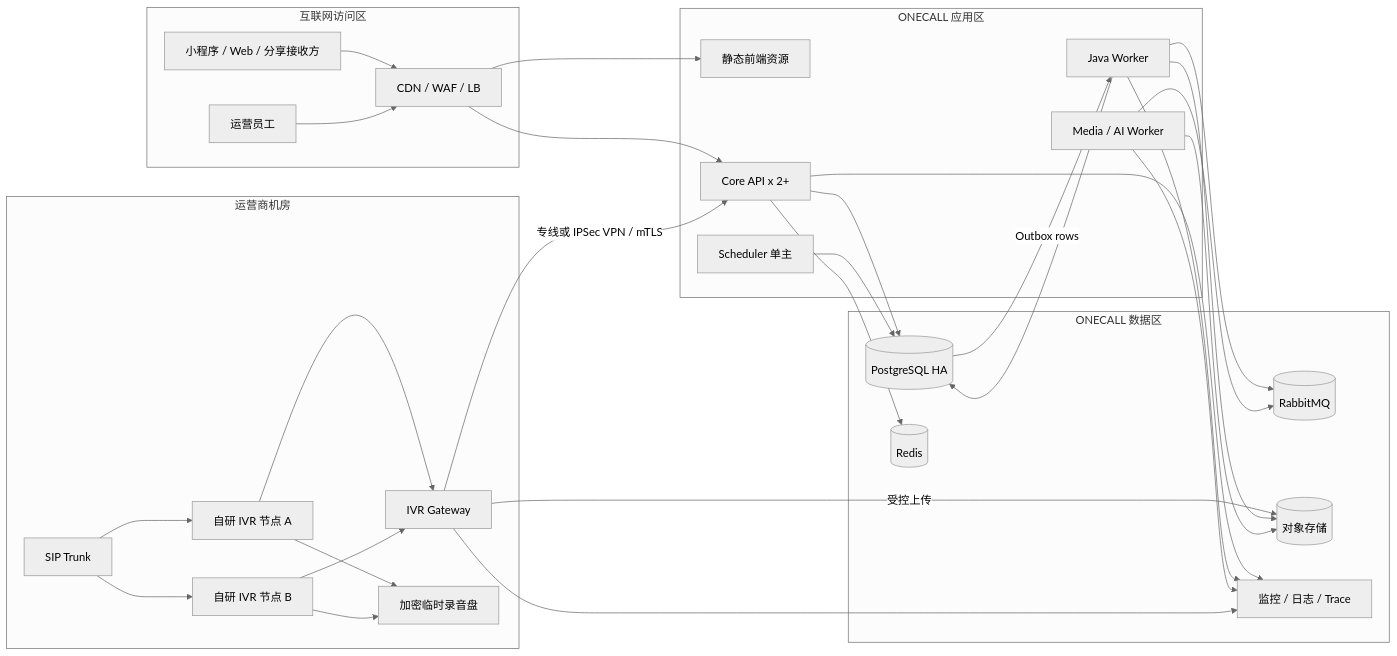
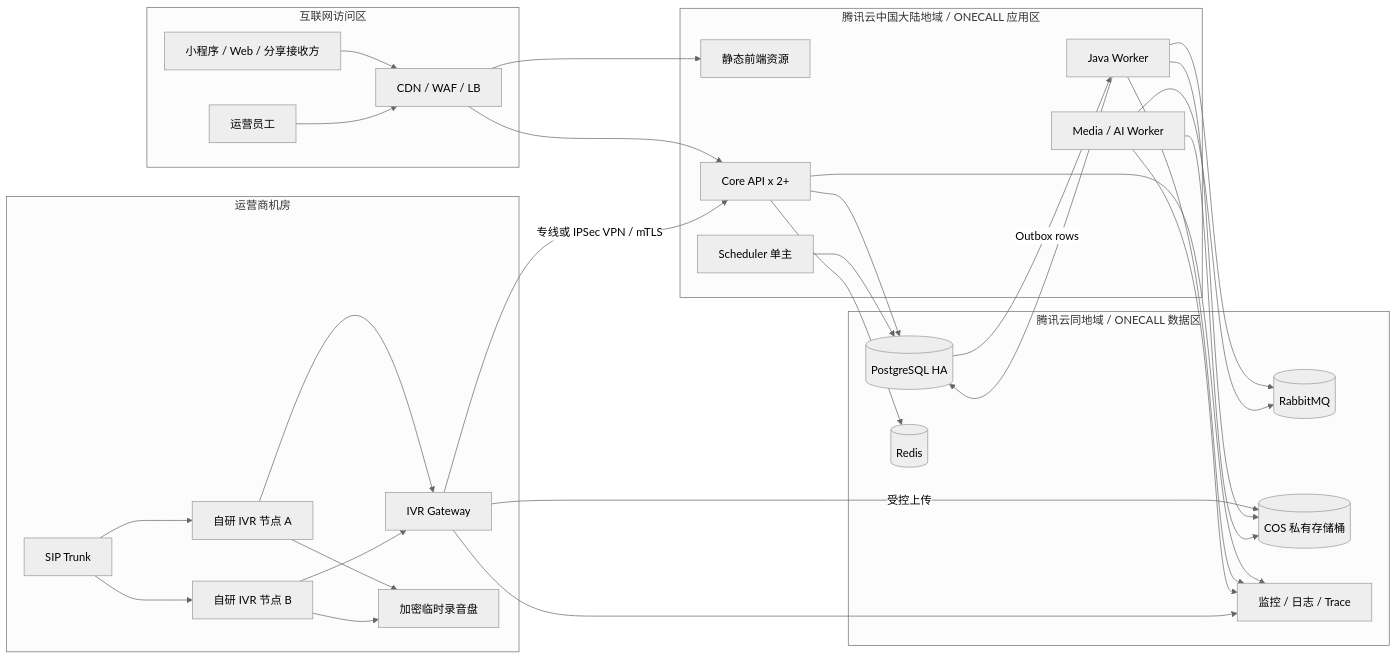
Before and after one commit to zh94695424/one-call: the second of 2 diagrams in docs/12-technology-stack-and-system-architecture.md, drawn with Mermaid (neutral theme). The commit also changed other lines of this file and 5 other files, not shown here.

````diff
--- a/docs/12-technology-stack-and-system-architecture.md
+++ b/docs/12-technology-stack-and-system-architecture.md
@@ -137,58 +138,58 @@
 ```mermaid
 flowchart LR
     subgraph Internet[互联网访问区]
       USERS[小程序 / Web / 分享接收方]
       STAFF[运营员工]
       WAF[CDN / WAF / LB]
     end
 
-    subgraph AppZone[ONECALL 应用区]
+    subgraph AppZone[腾讯云中国大陆地域 / ONECALL 应用区]
       FE[静态前端资源]
       API[Core API x 2+]
       JW[Java Worker]
       SCH[Scheduler 单主]
       PY[Media / AI Worker]
     end
 
-    subgraph DataZone[ONECALL 数据区]
+    subgraph DataZone[腾讯云同地域 / ONECALL 数据区]
       DB[(PostgreSQL HA)]
       RC[(Redis)]
       RMQ[(RabbitMQ)]
-      STORE[(对象存储)]
+      STORE[(COS 私有存储桶)]
       OBS[监控 / 日志 / Trace]
     end
 
     subgraph CarrierDC[运营商机房]
       TRUNK[SIP Trunk]
       FS1[自研 IVR 节点 A]
       FS2[自研 IVR 节点 B]
       GW[IVR Gateway]
       SPOOL[加密临时录音盘]
     end
 
     USERS --> WAF
     STAFF --> WAF
     WAF --> FE
     WAF --> API
     TRUNK --> FS1
     TRUNK --> FS2
     FS1 --> GW
     FS2 --> GW
     FS1 --> SPOOL
     FS2 --> SPOOL
     GW -->|专线或 IPSec VPN / mTLS| API
     GW -->|受控上传| STORE
     API --> DB
     API --> RC
     JW --> DB
     DB -->|Outbox rows| JW
     JW --> RMQ
     JW --> STORE
     SCH --> DB
     PY --> RMQ
     PY --> STORE
     API --> OBS
     JW --> OBS
     PY --> OBS
     GW --> OBS
 ```
````
